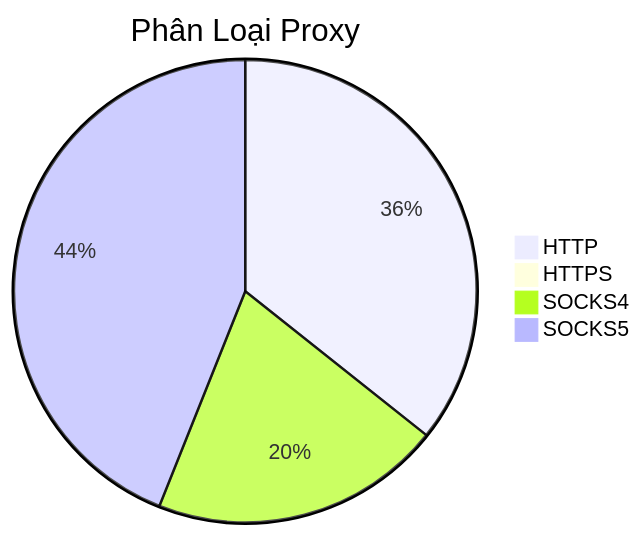
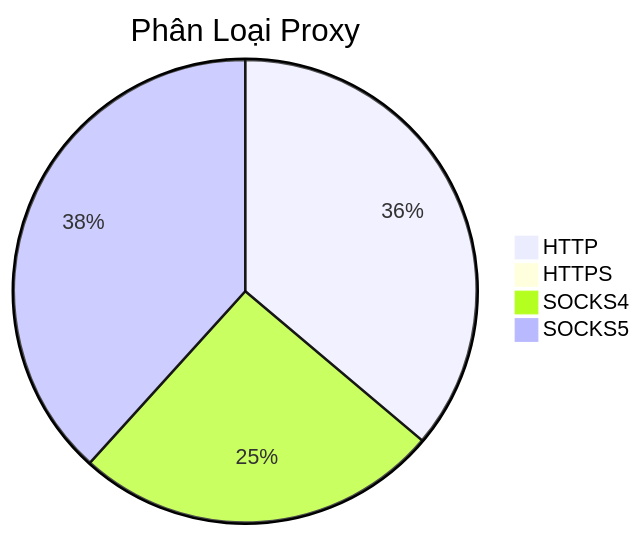
One commit to Ciara-Aa/PROXY-free changed the diagram in README.md. Above: the diagram before and after it, drawn with Mermaid. The commit also changed other lines of this file and 4 other files, not shown here.

````diff
--- a/README.md
+++ b/README.md
@@ -26,7 +26,7 @@
 ```mermaid
 pie title Phân Loại Proxy
-    "HTTP" : 622
-    "HTTPS" : 5
-    "SOCKS4" : 355
-    "SOCKS5" : 766
+    "HTTP" : 457
+    "HTTPS" : 4
+    "SOCKS4" : 323
+    "SOCKS5" : 484
 ```
````
